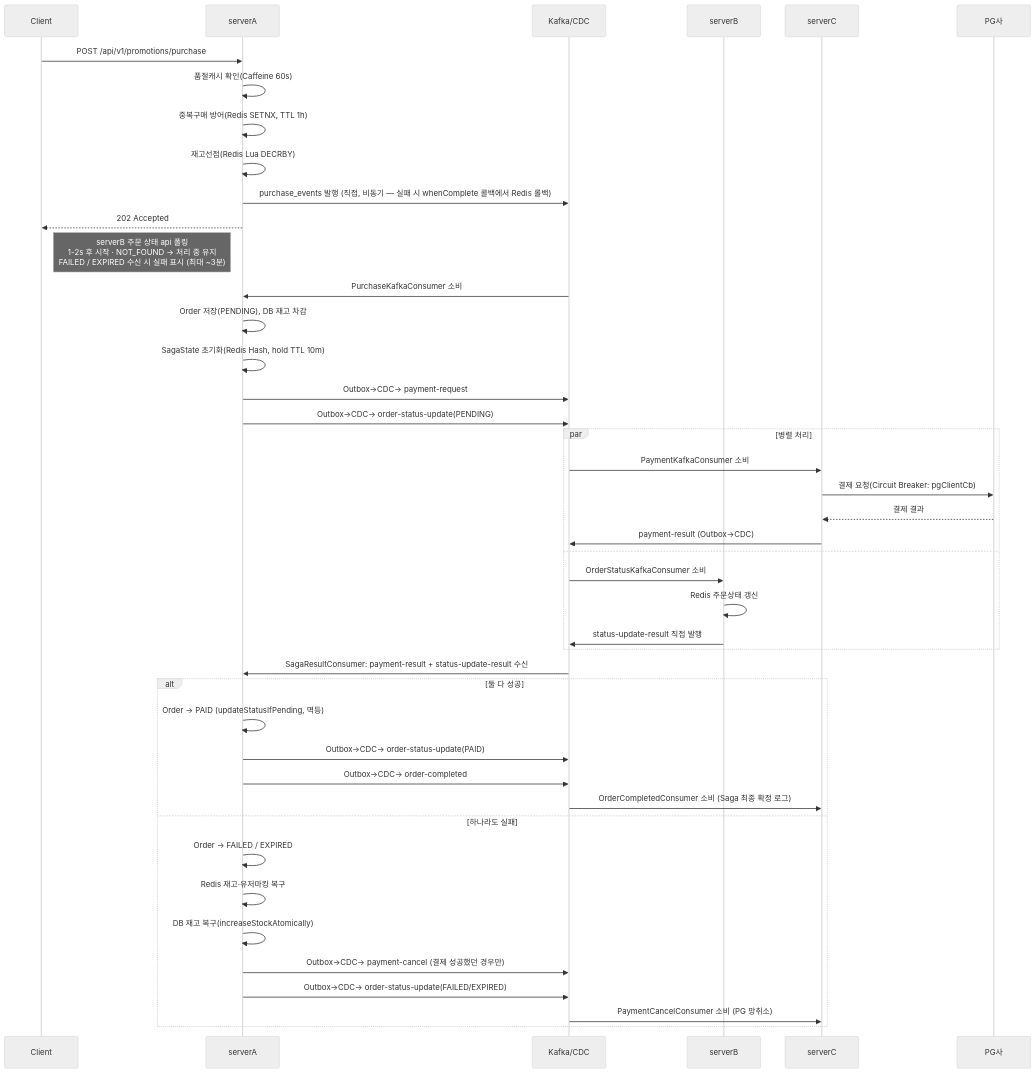
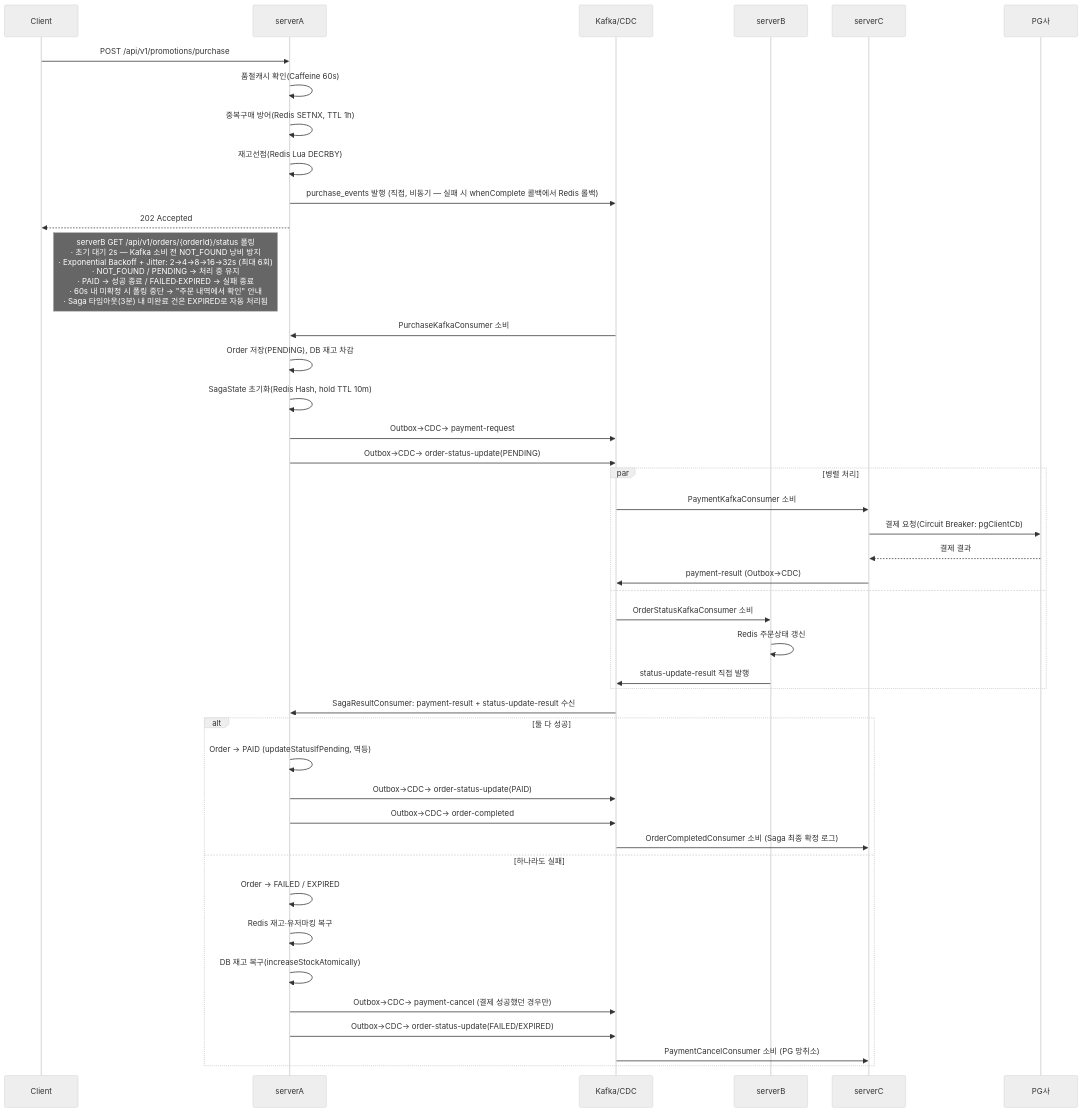
One commit to michi2012/goods-promotion-project changed the second of 3 diagrams in README.md. Above: the diagram before and after it, drawn with Mermaid (neutral theme). The commit also changed 3 other files, not shown here.

````diff
--- a/README.md
+++ b/README.md
@@ -120,49 +120,49 @@
 ```mermaid
 sequenceDiagram
     participant C as Client
     participant A as serverA
     participant K as Kafka/CDC
     participant B as serverB
     participant SC as serverC
     participant PG as PG사
 
     C->>A: POST /api/v1/promotions/purchase
     A->>A: 품절캐시 확인(Caffeine 60s)
     A->>A: 중복구매 방어(Redis SETNX, TTL 1h)
     A->>A: 재고선점(Redis Lua DECRBY)
     A->>K: purchase_events 발행 (직접, 비동기 — 실패 시 whenComplete 콜백에서 Redis 롤백)
     A-->>C: 202 Accepted
-    Note right of C: serverB 주문 상태 api 폴링 <br/>1-2s 후 시작 · NOT_FOUND → 처리 중 유지<br/>FAILED / EXPIRED 수신 시 실패 표시 (최대 ~3분)
+    Note right of C: serverB GET /api/v1/orders/{orderId}/status 폴링<br/>· 초기 대기 2s — Kafka 소비 전 NOT_FOUND 낭비 방지<br/>· Exponential Backoff + Jitter: 2→4→8→16→32s (최대 6회)<br/>· NOT_FOUND / PENDING → 처리 중 유지<br/>· PAID → 성공 종료 / FAILED·EXPIRED → 실패 종료<br/>· 60s 내 미확정 시 폴링 중단 → "주문 내역에서 확인" 안내<br/>· Saga 타임아웃(3분) 내 미완료 건은 EXPIRED로 자동 처리됨
 
     K->>A: PurchaseKafkaConsumer 소비
     A->>A: Order 저장(PENDING), DB 재고 차감
     A->>A: SagaState 초기화(Redis Hash, hold TTL 10m)
     A->>K: Outbox→CDC→ payment-request
     A->>K: Outbox→CDC→ order-status-update(PENDING)
 
     par 병렬 처리
         K->>SC: PaymentKafkaConsumer 소비
         SC->>PG: 결제 요청(Circuit Breaker: pgClientCb)
         PG-->>SC: 결제 결과
         SC->>K: payment-result (Outbox→CDC)
     and
         K->>B: OrderStatusKafkaConsumer 소비
         B->>B: Redis 주문상태 갱신
         B->>K: status-update-result 직접 발행
     end
 
     K->>A: SagaResultConsumer: payment-result + status-update-result 수신
     alt 둘 다 성공
         A->>A: Order → PAID (updateStatusIfPending, 멱등)
         A->>K: Outbox→CDC→ order-status-update(PAID)
         A->>K: Outbox→CDC→ order-completed
         K->>SC: OrderCompletedConsumer 소비 (Saga 최종 확정 로그)
     else 하나라도 실패
         A->>A: Order → FAILED / EXPIRED
         A->>A: Redis 재고·유저마킹 복구
         A->>A: DB 재고 복구(increaseStockAtomically)
         A->>K: Outbox→CDC→ payment-cancel (결제 성공했던 경우만)
         A->>K: Outbox→CDC→ order-status-update(FAILED/EXPIRED)
         K->>SC: PaymentCancelConsumer 소비 (PG 망취소)
     end
 ```
````
